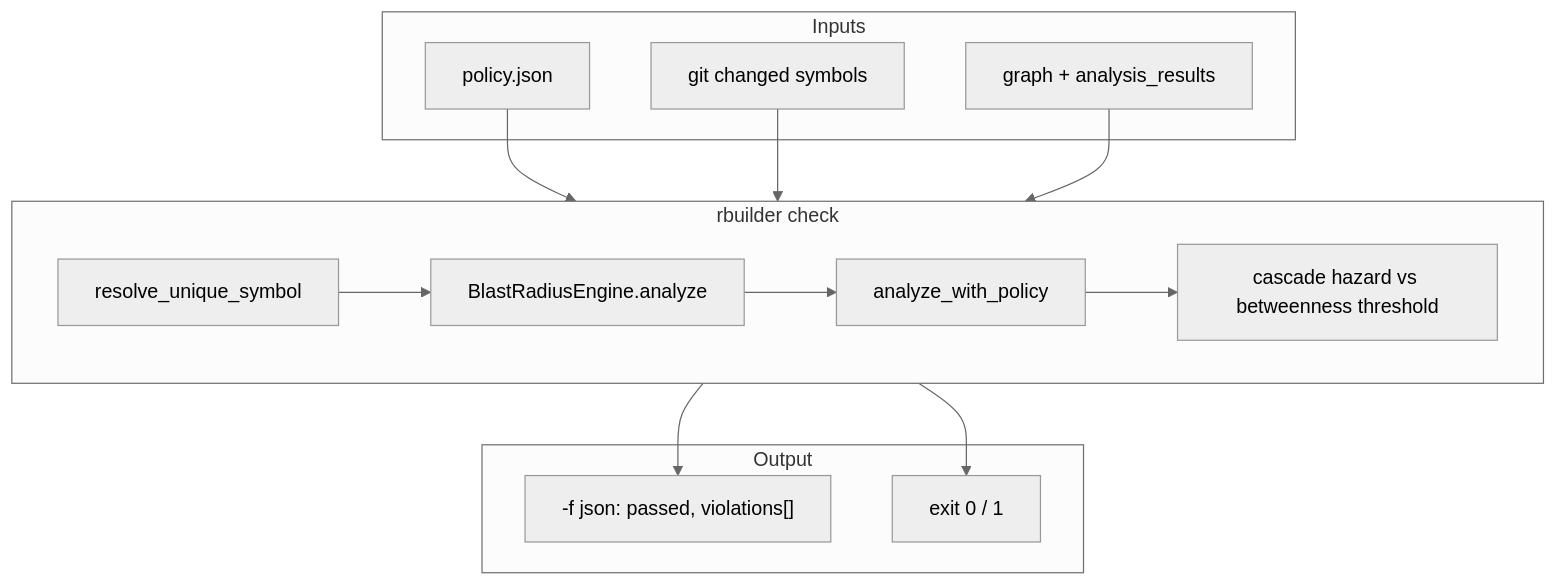
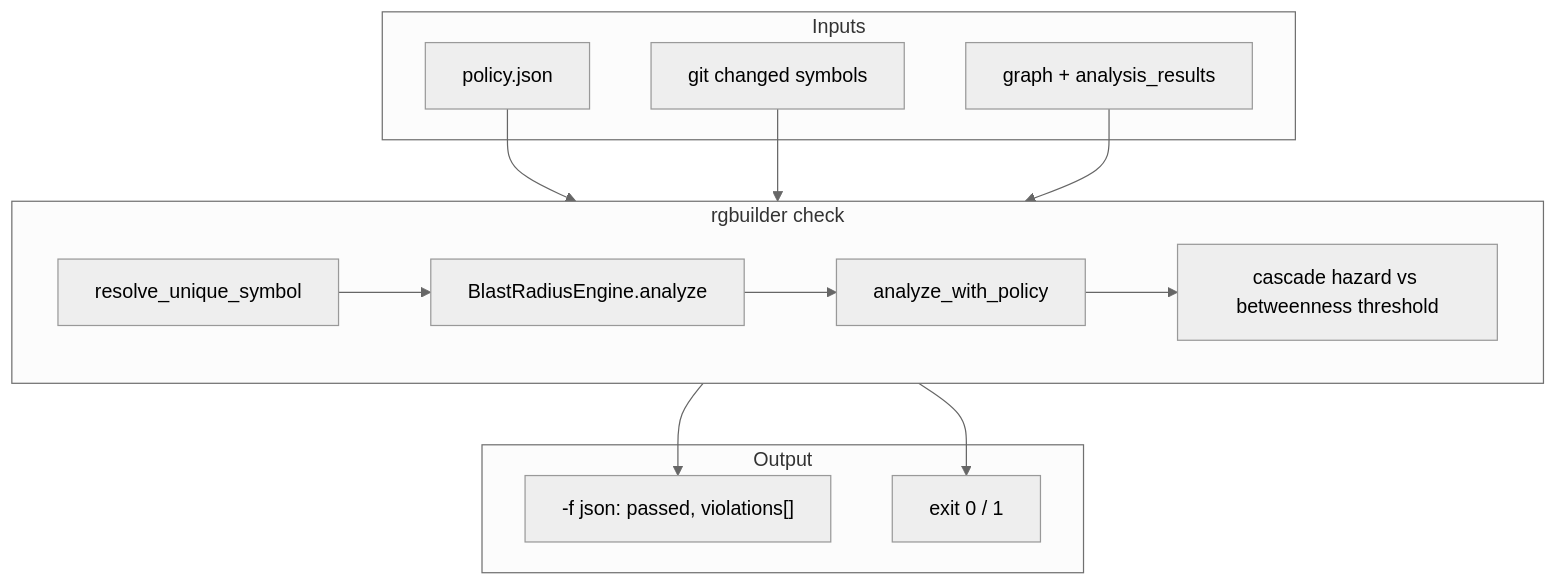
The diagram in docs/design/ci-policy-checks-design.md (l3acon/rgctl), drawn with Mermaid (neutral theme) before and after one commit. The commit also changed other lines of this file and 1908 other files, not shown here.

````diff
--- a/docs/design/ci-policy-checks-design.md
+++ b/docs/design/ci-policy-checks-design.md
@@ -24,27 +24,27 @@
 ```mermaid
 flowchart TB
   subgraph inputs["Inputs"]
     POL[policy.json]
     GIT[git changed symbols]
     G[graph + analysis_results]
   end
 
-  subgraph check["rbuilder check"]
+  subgraph check["rgbuilder check"]
     RES[resolve_unique_symbol]
     ENG[BlastRadiusEngine.analyze]
     POLCHK[analyze_with_policy]
     CASCADE[cascade hazard vs betweenness threshold]
     RES --> ENG --> POLCHK --> CASCADE
   end
 
   subgraph output["Output"]
     JSON["-f json: passed, violations[]"]
     EXIT[exit 0 / 1]
   end
 
   POL --> check
   GIT --> check
   G --> check
   check --> JSON
   check --> EXIT
 ```
````
